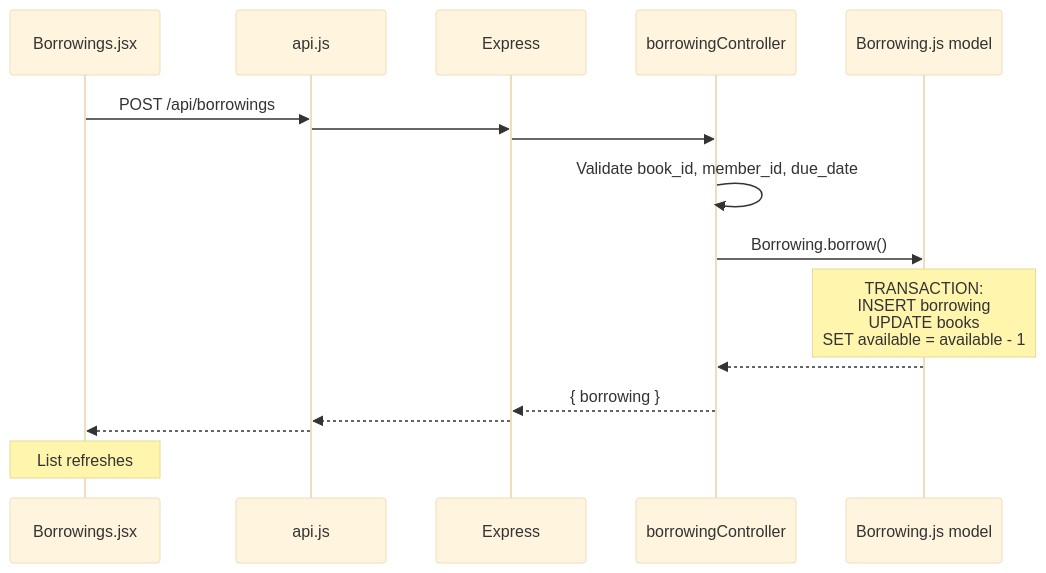
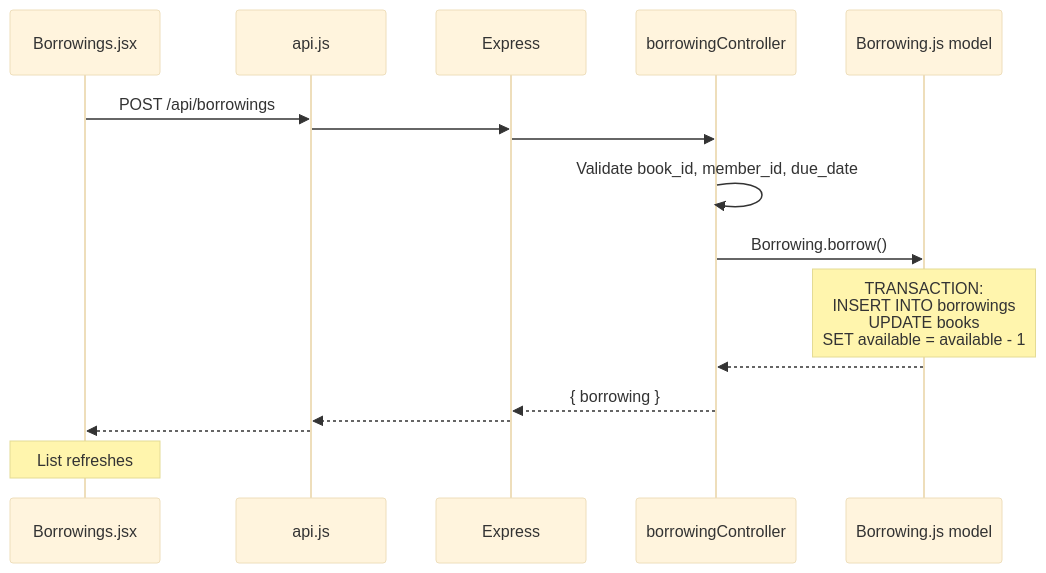
One commit to mrgonzales-dev/BuildItRight changed the second of 3 diagrams in LibrarySystem/README.md. Above: the diagram before and after it, drawn with Mermaid (base theme). The commit also changed other lines of this file and 5 other files, not shown here.

````diff
--- a/LibrarySystem/README.md
+++ b/LibrarySystem/README.md
@@ -134,20 +134,20 @@
 ```mermaid
 sequenceDiagram
     participant UI as Borrowings.jsx
     participant API as api.js
     participant Express as Express
     participant Controller as borrowingController
     participant Model as Borrowing.js model
 
     UI->>API: POST /api/borrowings
     API->>Express: 
     Express->>Controller: 
     Controller->>Controller: Validate book_id, member_id, due_date
     Controller->>Model: Borrowing.borrow()
-    Note over Model: TRANSACTION:<br/>INSERT borrowing<br/>UPDATE books<br/>SET available = available - 1
+    Note over Model: TRANSACTION:<br/>INSERT INTO borrowings<br/>UPDATE books<br/>SET available = available - 1
     Model-->>Controller: 
     Controller-->>Express: { borrowing }
     Express-->>API: 
     API-->>UI: 
     Note over UI: List refreshes
 ```
````
